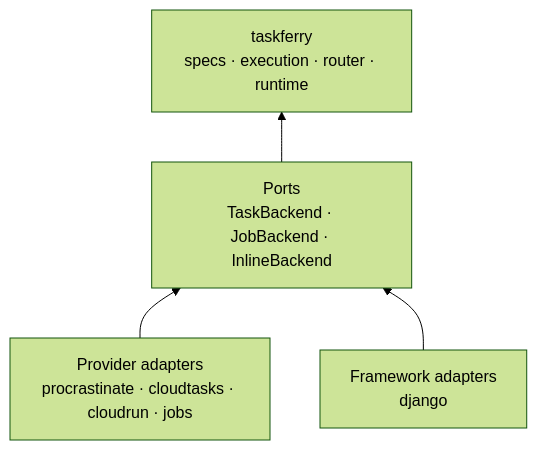
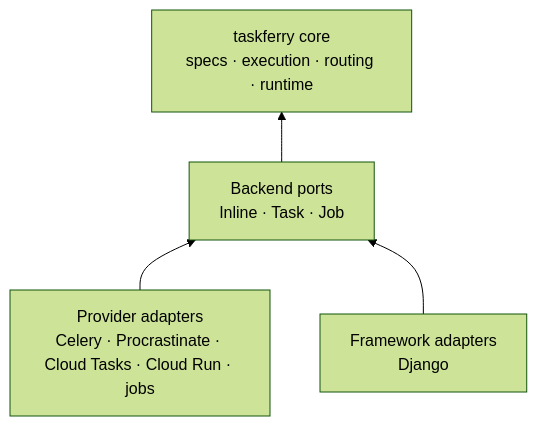
The third of 3 diagrams in docs/architecture/overview.md (xiidigital/taskferry), drawn with Mermaid (forest theme) before and after one commit. The commit also changed other lines of this file and 35 other files, not shown here.

Commit message:
refactor: update architecture decision records and improve documentation clarity

````diff
--- a/docs/architecture/overview.md
+++ b/docs/architecture/overview.md
@@ -11,11 +109,11 @@
 ```mermaid
 flowchart BT
-    PROVIDERS["Provider adapters<br/>procrastinate · cloudtasks · cloudrun · jobs"]
-    FRAMEWORKS["Framework adapters<br/>django"]
-    PORTS["Ports<br/>TaskBackend · JobBackend · InlineBackend"]
-    CORE["taskferry<br/>specs · execution · router · runtime"]
+    PROVIDERS["Provider adapters<br/>Celery · Procrastinate · Cloud Tasks · Cloud Run · jobs"]
+    FRAMEWORKS["Framework adapters<br/>Django"]
+    PORTS["Backend ports<br/>Inline · Task · Job"]
+    CORE["taskferry core<br/>specs · execution · routing · runtime"]
 
     PROVIDERS --> PORTS
     FRAMEWORKS --> PORTS
     PORTS --> CORE
 ```
````
